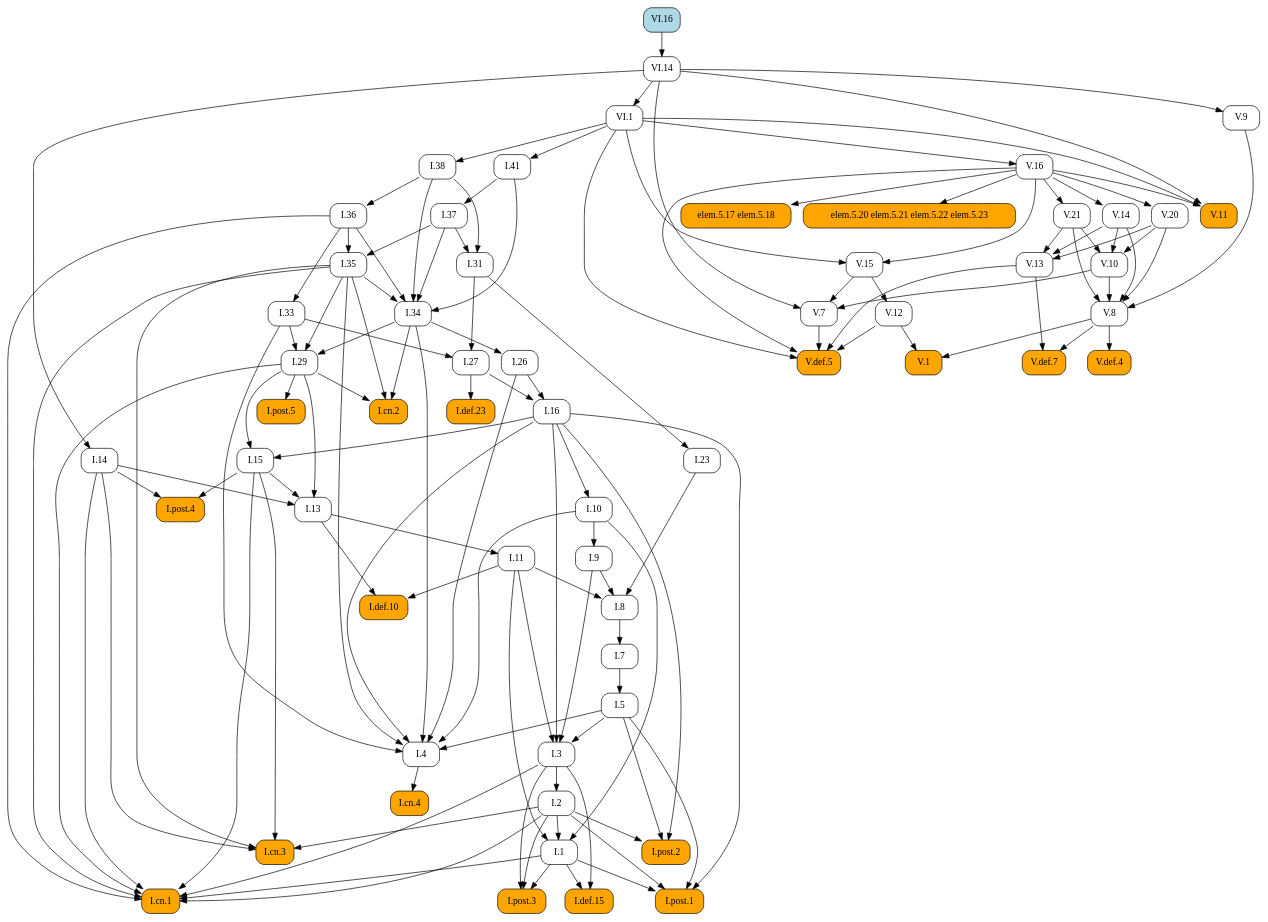
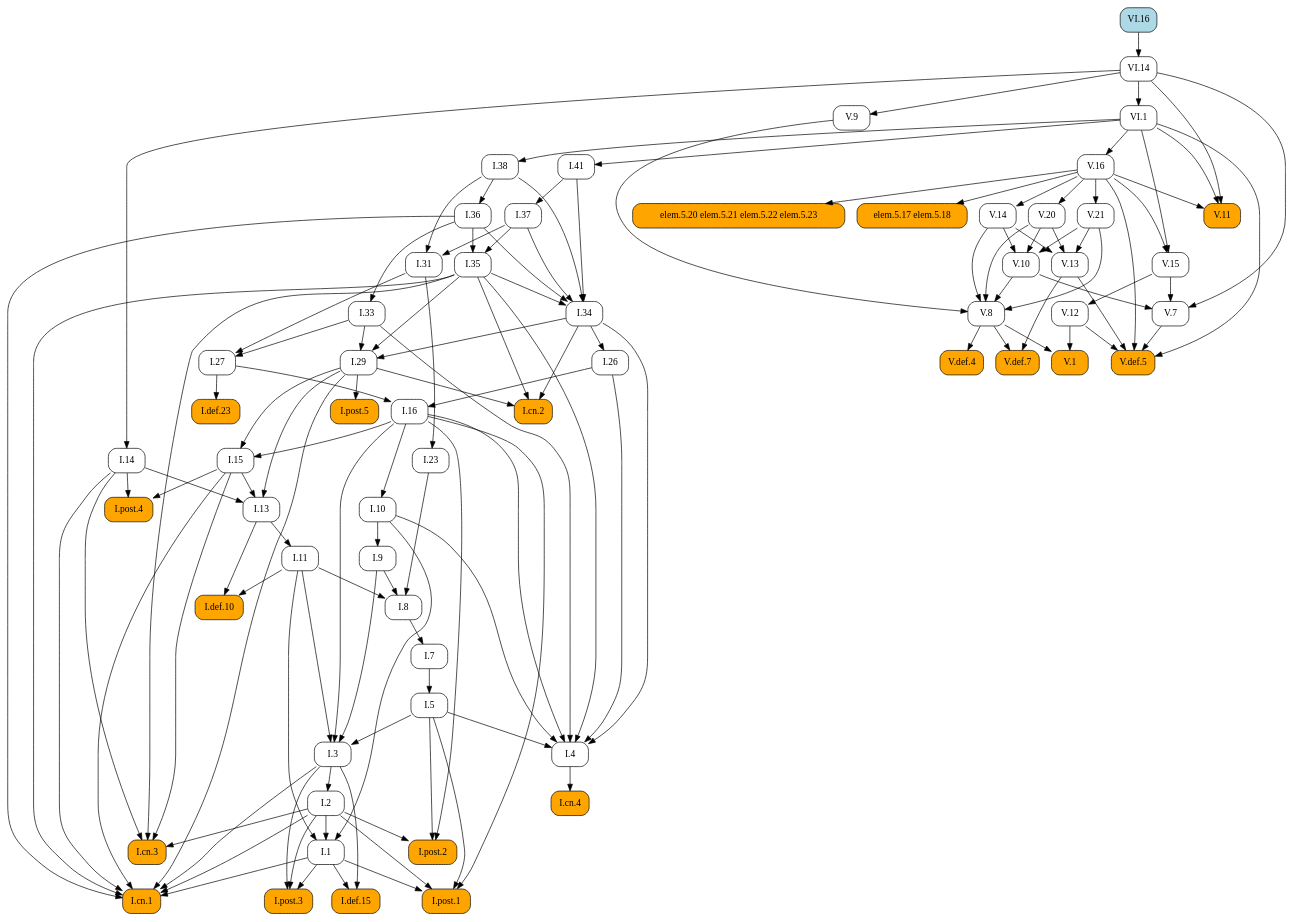
One commit to geometor/elements changed the diagram in docsrc/heath/VI/16/index.rst. Above: the diagram before and after it, drawn with Graphviz. The commit also changed other lines of this file and 1029 other files, not shown here.

```diff
--- a/docsrc/heath/VI/16/index.rst
+++ b/docsrc/heath/VI/16/index.rst
@@ -59,180 +59,105 @@
    digraph {
      rankdir="TB";
      node [shape=box, style=rounded];
-     "V.1" [style="rounded,filled", fillcolor=orange, URL="/heath/V/1/", target="_top"];
+     "I.def.10" [style="rounded,filled", fillcolor=orange, URL="/heath/I/def.10/", target="_top"];
+     "I.11" [URL="/heath/I/11/", target="_top"];
+     "I.post.4" [style="rounded,filled", fillcolor=orange, URL="/heath/I/post.4/", target="_top"];
+     "I.1" [URL="/heath/I/1/", target="_top"];
+     "I.26" [URL="/heath/I/26/", target="_top"];
+     "V.14" [URL="/heath/V/14/", target="_top"];
+     "V.def.5" [style="rounded,filled", fillcolor=orange, URL="/heath/V/def.5/", target="_top"];
+     "I.29" [URL="/heath/I/29/", target="_top"];
+     "V.12" [URL="/heath/V/12/", target="_top"];
+     "I.cn.2" [style="rounded,filled", fillcolor=orange, URL="/heath/I/cn.2/", target="_top"];
+     "V.20" [URL="/heath/V/20/", target="_top"];
+     "V.10" [URL="/heath/V/10/", target="_top"];
+     "V.11" [style="rounded,filled", fillcolor=orange, URL="/heath/V/11/", target="_top"];
+     "V.13" [URL="/heath/V/13/", target="_top"];
+     "I.def.15" [style="rounded,filled", fillcolor=orange, URL="/heath/I/def.15/", target="_top"];
+     "V.15" [URL="/heath/V/15/", target="_top"];
+     "VI.1" [URL="/heath/VI/1/", target="_top"];
+     "I.post.3" [style="rounded,filled", fillcolor=orange, URL="/heath/I/post.3/", target="_top"];
+     "I.cn.1" [style="rounded,filled", fillcolor=orange, URL="/heath/I/cn.1/", target="_top"];
      "I.cn.3" [style="rounded,filled", fillcolor=orange, URL="/heath/I/cn.3/", target="_top"];
-     "I.29" [URL="/heath/I/29/", target="_top"];
-     "I.7" [URL="/heath/I/7/", target="_top"];
+     "V.7" [URL="/heath/V/7/", target="_top"];
+     "V.9" [URL="/heath/V/9/", target="_top"];
+     "I.14" [URL="/heath/I/14/", target="_top"];
+     "V.16" [URL="/heath/V/16/", target="_top"];
+     "I.23" [URL="/heath/I/23/", target="_top"];
+     "I.post.1" [style="rounded,filled", fillcolor=orange, URL="/heath/I/post.1/", target="_top"];
+     "I.35" [URL="/heath/I/35/", target="_top"];
+     "V.8" [URL="/heath/V/8/", target="_top"];
+     "I.41" [URL="/heath/I/41/", target="_top"];
+     "I.36" [URL="/heath/I/36/", target="_top"];
      "I.27" [URL="/heath/I/27/", target="_top"];
-     "I.38" [URL="/heath/I/38/", target="_top"];
-     "V.16" [URL="/heath/V/16/", target="_top"];
-     "V.15" [URL="/heath/V/15/", target="_top"];
      "I.37" [URL="/heath/I/37/", target="_top"];
      "I.34" [URL="/heath/I/34/", target="_top"];
-     "V.20" [URL="/heath/V/20/", target="_top"];
+     "I.3" [URL="/heath/I/3/", target="_top"];
+     "I.7" [URL="/heath/I/7/", target="_top"];
+     "I.2" [URL="/heath/I/2/", target="_top"];
+     "I.4" [URL="/heath/I/4/", target="_top"];
+     "I.def.23" [style="rounded,filled", fillcolor=orange, URL="/heath/I/def.23/", target="_top"];
+     "I.13" [URL="/heath/I/13/", target="_top"];
+     "I.33" [URL="/heath/I/33/", target="_top"];
+     "I.31" [URL="/heath/I/31/", target="_top"];
+     "I.post.2" [style="rounded,filled", fillcolor=orange, URL="/heath/I/post.2/", target="_top"];
+     "V.1" [style="rounded,filled", fillcolor=orange, URL="/heath/V/1/", target="_top"];
+     "I.16" [URL="/heath/I/16/", target="_top"];
+     "elem.5.20 elem.5.21 elem.5.22 elem.5.23" [style="rounded,filled", fillcolor=orange];
+     "elem.5.17 elem.5.18" [style="rounded,filled", fillcolor=orange];
+     "I.9" [URL="/heath/I/9/", target="_top"];
      "I.8" [URL="/heath/I/8/", target="_top"];
-     "I.def.23" [style="rounded,filled", fillcolor=orange, URL="/heath/I/def.23/", target="_top"];
-     "I.9" [URL="/heath/I/9/", target="_top"];
      "V.def.4" [style="rounded,filled", fillcolor=orange, URL="/heath/V/def.4/", target="_top"];
+     "I.cn.4" [style="rounded,filled", fillcolor=orange, URL="/heath/I/cn.4/", target="_top"];
+     "VI.14" [URL="/heath/VI/14/", target="_top"];
+     "VI.16" [style="rounded,filled", fillcolor=lightblue, URL="/heath/VI/16/", target="_top"];
+     "I.15" [URL="/heath/I/15/", target="_top"];
+     "I.post.5" [style="rounded,filled", fillcolor=orange, URL="/heath/I/post.5/", target="_top"];
+     "I.38" [URL="/heath/I/38/", target="_top"];
+     "V.def.7" [style="rounded,filled", fillcolor=orange, URL="/heath/V/def.7/", target="_top"];
+     "I.10" [URL="/heath/I/10/", target="_top"];
+     "I.5" [URL="/heath/I/5/", target="_top"];
      "V.21" [URL="/heath/V/21/", target="_top"];
-     "V.8" [URL="/heath/V/8/", target="_top"];
-     "I.post.4" [style="rounded,filled", fillcolor=orange, URL="/heath/I/post.4/", target="_top"];
-     "I.2" [URL="/heath/I/2/", target="_top"];
-     "V.7" [URL="/heath/V/7/", target="_top"];
-     "I.1" [URL="/heath/I/1/", target="_top"];
-     "I.def.15" [style="rounded,filled", fillcolor=orange, URL="/heath/I/def.15/", target="_top"];
-     "V.13" [URL="/heath/V/13/", target="_top"];
-     "I.post.1" [style="rounded,filled", fillcolor=orange, URL="/heath/I/post.1/", target="_top"];
-     "VI.14" [URL="/heath/VI/14/", target="_top"];
-     "I.cn.4" [style="rounded,filled", fillcolor=orange, URL="/heath/I/cn.4/", target="_top"];
-     "I.26" [URL="/heath/I/26/", target="_top"];
-     "I.33" [URL="/heath/I/33/", target="_top"];
-     "V.def.7" [style="rounded,filled", fillcolor=orange, URL="/heath/V/def.7/", target="_top"];
-     "elem.5.20 elem.5.21 elem.5.22 elem.5.23" [style="rounded,filled", fillcolor=orange];
-     "I.23" [URL="/heath/I/23/", target="_top"];
-     "I.13" [URL="/heath/I/13/", target="_top"];
-     "I.cn.2" [style="rounded,filled", fillcolor=orange, URL="/heath/I/cn.2/", target="_top"];
-     "I.5" [URL="/heath/I/5/", target="_top"];
-     "I.11" [URL="/heath/I/11/", target="_top"];
-     "V.10" [URL="/heath/V/10/", target="_top"];
-     "V.def.5" [style="rounded,filled", fillcolor=orange, URL="/heath/V/def.5/", target="_top"];
-     "I.4" [URL="/heath/I/4/", target="_top"];
-     "I.10" [URL="/heath/I/10/", target="_top"];
-     "I.3" [URL="/heath/I/3/", target="_top"];
-     "I.16" [URL="/heath/I/16/", target="_top"];
-     "VI.16" [style="rounded,filled", fillcolor=lightblue, URL="/heath/VI/16/", target="_top"];
-     "I.31" [URL="/heath/I/31/", target="_top"];
-     "I.def.10" [style="rounded,filled", fillcolor=orange, URL="/heath/I/def.10/", target="_top"];
-     "V.11" [style="rounded,filled", fillcolor=orange, URL="/heath/V/11/", target="_top"];
-     "I.post.2" [style="rounded,filled", fillcolor=orange, URL="/heath/I/post.2/", target="_top"];
-     "I.post.3" [style="rounded,filled", fillcolor=orange, URL="/heath/I/post.3/", target="_top"];
-     "VI.1" [URL="/heath/VI/1/", target="_top"];
-     "V.9" [URL="/heath/V/9/", target="_top"];
-     "I.post.5" [style="rounded,filled", fillcolor=orange, URL="/heath/I/post.5/", target="_top"];
-     "elem.5.17 elem.5.18" [style="rounded,filled", fillcolor=orange];
-     "I.14" [URL="/heath/I/14/", target="_top"];
-     "I.36" [URL="/heath/I/36/", target="_top"];
-     "V.12" [URL="/heath/V/12/", target="_top"];
-     "I.35" [URL="/heath/I/35/", target="_top"];
-     "I.15" [URL="/heath/I/15/", target="_top"];
-     "I.cn.1" [style="rounded,filled", fillcolor=orange, URL="/heath/I/cn.1/", target="_top"];
-     "I.41" [URL="/heath/I/41/", target="_top"];
-     "V.14" [URL="/heath/V/14/", target="_top"];
-     "V.8" -> "V.1";
-     "V.12" -> "V.1";
-     "I.2" -> "I.cn.3";
-     "I.14" -> "I.cn.3";
-     "I.15" -> "I.cn.3";
-     "I.35" -> "I.cn.3";
-     "I.33" -> "I.29";
-     "I.34" -> "I.29";
-     "I.35" -> "I.29";
-     "I.8" -> "I.7";
-     "I.31" -> "I.27";
-     "I.33" -> "I.27";
-     "VI.1" -> "I.38";
-     "VI.1" -> "V.16";
-     "V.16" -> "V.15";
-     "VI.1" -> "V.15";
-     "I.41" -> "I.37";
-     "I.35" -> "I.34";
-     "I.36" -> "I.34";
-     "I.37" -> "I.34";
-     "I.38" -> "I.34";
-     "I.41" -> "I.34";
-     "V.16" -> "V.20";
-     "I.9" -> "I.8";
-     "I.11" -> "I.8";
-     "I.23" -> "I.8";
-     "I.27" -> "I.def.23";
-     "I.10" -> "I.9";
-     "V.8" -> "V.def.4";
-     "V.16" -> "V.21";
-     "V.9" -> "V.8";
-     "V.10" -> "V.8";
-     "V.14" -> "V.8";
-     "V.20" -> "V.8";
-     "V.21" -> "V.8";
+     "I.11" -> "I.def.10";
+     "I.13" -> "I.def.10";
+     "I.13" -> "I.11";
      "I.14" -> "I.post.4";
      "I.15" -> "I.post.4";
-     "I.3" -> "I.2";
-     "V.10" -> "V.7";
-     "V.15" -> "V.7";
-     "VI.14" -> "V.7";
      "I.2" -> "I.1";
      "I.10" -> "I.1";
      "I.11" -> "I.1";
-     "I.1" -> "I.def.15";
-     "I.3" -> "I.def.15";
-     "V.14" -> "V.13";
-     "V.20" -> "V.13";
-     "V.21" -> "V.13";
-     "I.1" -> "I.post.1";
-     "I.2" -> "I.post.1";
-     "I.5" -> "I.post.1";
-     "I.16" -> "I.post.1";
-     "VI.16" -> "VI.14";
-     "I.4" -> "I.cn.4";
      "I.34" -> "I.26";
-     "I.36" -> "I.33";
-     "V.8" -> "V.def.7";
-     "V.13" -> "V.def.7";
-     "V.16" -> "elem.5.20 elem.5.21 elem.5.22 elem.5.23";
-     "I.31" -> "I.23";
-     "I.14" -> "I.13";
-     "I.15" -> "I.13";
-     "I.29" -> "I.13";
-     "I.29" -> "I.cn.2";
-     "I.34" -> "I.cn.2";
-     "I.35" -> "I.cn.2";
-     "I.7" -> "I.5";
-     "I.13" -> "I.11";
-     "V.14" -> "V.10";
-     "V.20" -> "V.10";
-     "V.21" -> "V.10";
+     "V.16" -> "V.14";
      "V.7" -> "V.def.5";
      "V.12" -> "V.def.5";
      "V.13" -> "V.def.5";
      "V.16" -> "V.def.5";
      "VI.1" -> "V.def.5";
-     "I.5" -> "I.4";
-     "I.10" -> "I.4";
-     "I.16" -> "I.4";
-     "I.26" -> "I.4";
-     "I.33" -> "I.4";
-     "I.34" -> "I.4";
-     "I.35" -> "I.4";
-     "I.16" -> "I.10";
-     "I.5" -> "I.3";
-     "I.9" -> "I.3";
-     "I.11" -> "I.3";
-     "I.16" -> "I.3";
-     "I.26" -> "I.16";
-     "I.27" -> "I.16";
-     "I.37" -> "I.31";
-     "I.38" -> "I.31";
-     "I.11" -> "I.def.10";
-     "I.13" -> "I.def.10";
+     "I.33" -> "I.29";
+     "I.34" -> "I.29";
+     "I.35" -> "I.29";
+     "V.15" -> "V.12";
+     "I.29" -> "I.cn.2";
+     "I.34" -> "I.cn.2";
+     "I.35" -> "I.cn.2";
+     "V.16" -> "V.20";
+     "V.14" -> "V.10";
+     "V.20" -> "V.10";
+     "V.21" -> "V.10";
      "V.16" -> "V.11";
      "VI.1" -> "V.11";
      "VI.14" -> "V.11";
-     "I.2" -> "I.post.2";
-     "I.5" -> "I.post.2";
-     "I.16" -> "I.post.2";
+     "V.14" -> "V.13";
+     "V.20" -> "V.13";
+     "V.21" -> "V.13";
+     "I.1" -> "I.def.15";
+     "I.3" -> "I.def.15";
+     "V.16" -> "V.15";
+     "VI.1" -> "V.15";
+     "VI.14" -> "VI.1";
      "I.1" -> "I.post.3";
      "I.2" -> "I.post.3";
      "I.3" -> "I.post.3";
-     "VI.14" -> "VI.1";
-     "VI.14" -> "V.9";
-     "I.29" -> "I.post.5";
-     "V.16" -> "elem.5.17 elem.5.18";
-     "VI.14" -> "I.14";
-     "I.38" -> "I.36";
-     "V.15" -> "V.12";
-     "I.36" -> "I.35";
-     "I.37" -> "I.35";
-     "I.16" -> "I.15";
-     "I.29" -> "I.15";
      "I.1" -> "I.cn.1";
      "I.2" -> "I.cn.1";
      "I.3" -> "I.cn.1";
@@ -241,6 +166,81 @@
      "I.29" -> "I.cn.1";
      "I.35" -> "I.cn.1";
      "I.36" -> "I.cn.1";
+     "I.2" -> "I.cn.3";
+     "I.14" -> "I.cn.3";
+     "I.15" -> "I.cn.3";
+     "I.35" -> "I.cn.3";
+     "V.10" -> "V.7";
+     "V.15" -> "V.7";
+     "VI.14" -> "V.7";
+     "VI.14" -> "V.9";
+     "VI.14" -> "I.14";
+     "VI.1" -> "V.16";
+     "I.31" -> "I.23";
+     "I.1" -> "I.post.1";
+     "I.2" -> "I.post.1";
+     "I.5" -> "I.post.1";
+     "I.16" -> "I.post.1";
+     "I.36" -> "I.35";
+     "I.37" -> "I.35";
+     "V.9" -> "V.8";
+     "V.10" -> "V.8";
+     "V.14" -> "V.8";
+     "V.20" -> "V.8";
+     "V.21" -> "V.8";
      "VI.1" -> "I.41";
-     "V.16" -> "V.14";
+     "I.38" -> "I.36";
+     "I.31" -> "I.27";
+     "I.33" -> "I.27";
+     "I.41" -> "I.37";
+     "I.35" -> "I.34";
+     "I.36" -> "I.34";
+     "I.37" -> "I.34";
+     "I.38" -> "I.34";
+     "I.41" -> "I.34";
+     "I.5" -> "I.3";
+     "I.9" -> "I.3";
+     "I.11" -> "I.3";
+     "I.16" -> "I.3";
+     "I.8" -> "I.7";
+     "I.3" -> "I.2";
+     "I.5" -> "I.4";
+     "I.10" -> "I.4";
+     "I.16" -> "I.4";
+     "I.26" -> "I.4";
+     "I.33" -> "I.4";
+     "I.34" -> "I.4";
+     "I.35" -> "I.4";
+     "I.27" -> "I.def.23";
+     "I.14" -> "I.13";
+     "I.15" -> "I.13";
+     "I.29" -> "I.13";
+     "I.36" -> "I.33";
+     "I.37" -> "I.31";
+     "I.38" -> "I.31";
+     "I.2" -> "I.post.2";
+     "I.5" -> "I.post.2";
+     "I.16" -> "I.post.2";
+     "V.8" -> "V.1";
+     "V.12" -> "V.1";
+     "I.26" -> "I.16";
+     "I.27" -> "I.16";
+     "V.16" -> "elem.5.20 elem.5.21 elem.5.22 elem.5.23";
+     "V.16" -> "elem.5.17 elem.5.18";
+     "I.10" -> "I.9";
+     "I.9" -> "I.8";
+     "I.11" -> "I.8";
+     "I.23" -> "I.8";
+     "V.8" -> "V.def.4";
+     "I.4" -> "I.cn.4";
+     "VI.16" -> "VI.14";
+     "I.16" -> "I.15";
+     "I.29" -> "I.15";
+     "I.29" -> "I.post.5";
+     "VI.1" -> "I.38";
+     "V.8" -> "V.def.7";
+     "V.13" -> "V.def.7";
+     "I.16" -> "I.10";
+     "I.7" -> "I.5";
+     "V.16" -> "V.21";
    }
```
